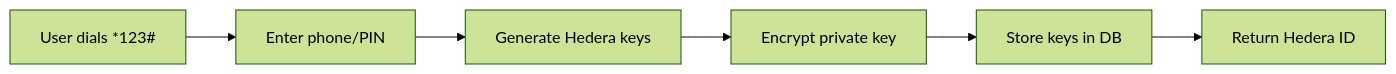
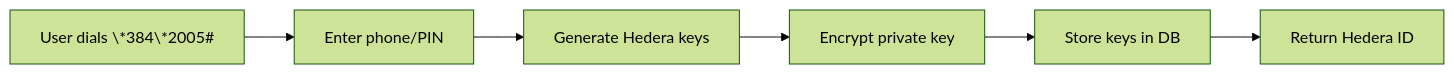
Before and after one commit to Modexia-Tech/hflow: the third of 5 diagrams in docs/ARCHITECTURE.MD, drawn with Mermaid (forest theme). The commit also changed other lines of this file, not shown here.

````diff
--- a/docs/ARCHITECTURE.MD
+++ b/docs/ARCHITECTURE.MD
@@ -108,8 +106,8 @@
 ```mermaid
 flowchart LR
-    A[User dials *123#] --> B[Enter phone/PIN]
+    A[User dials \*384\*2005#] --> B[Enter phone/PIN]
     B --> C[Generate Hedera keys]
     C --> D[Encrypt private key]
     D --> E[Store keys in DB]
     E --> F[Return Hedera ID]
 ```
````
